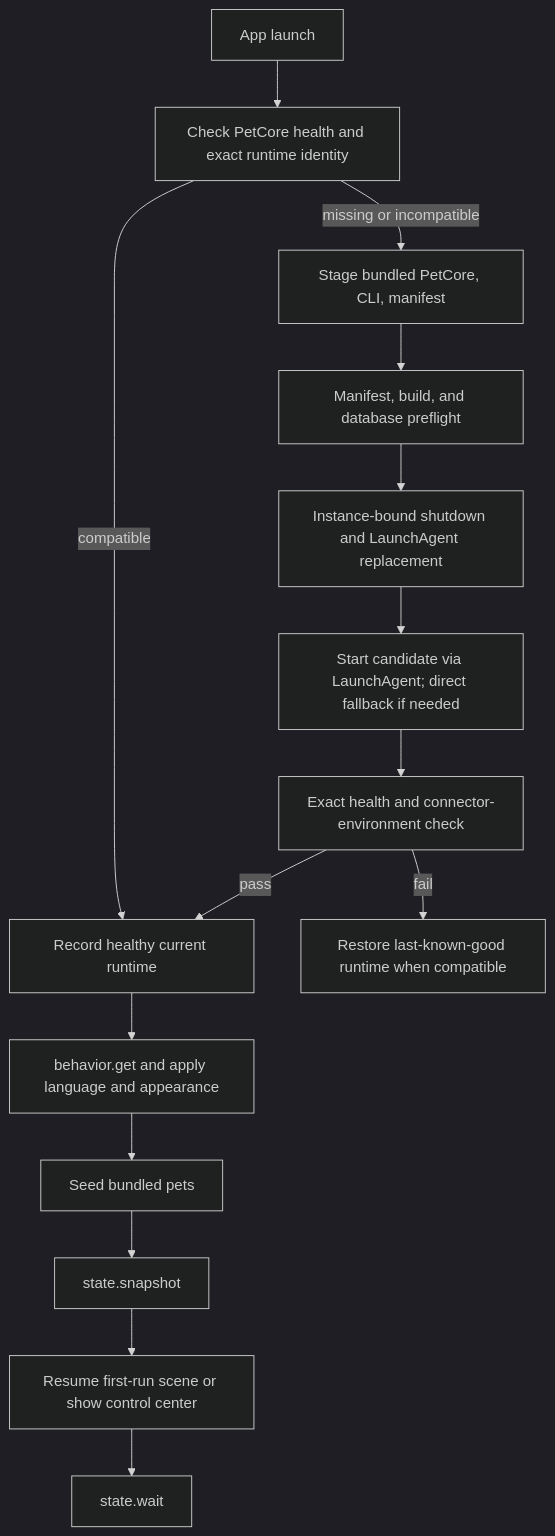
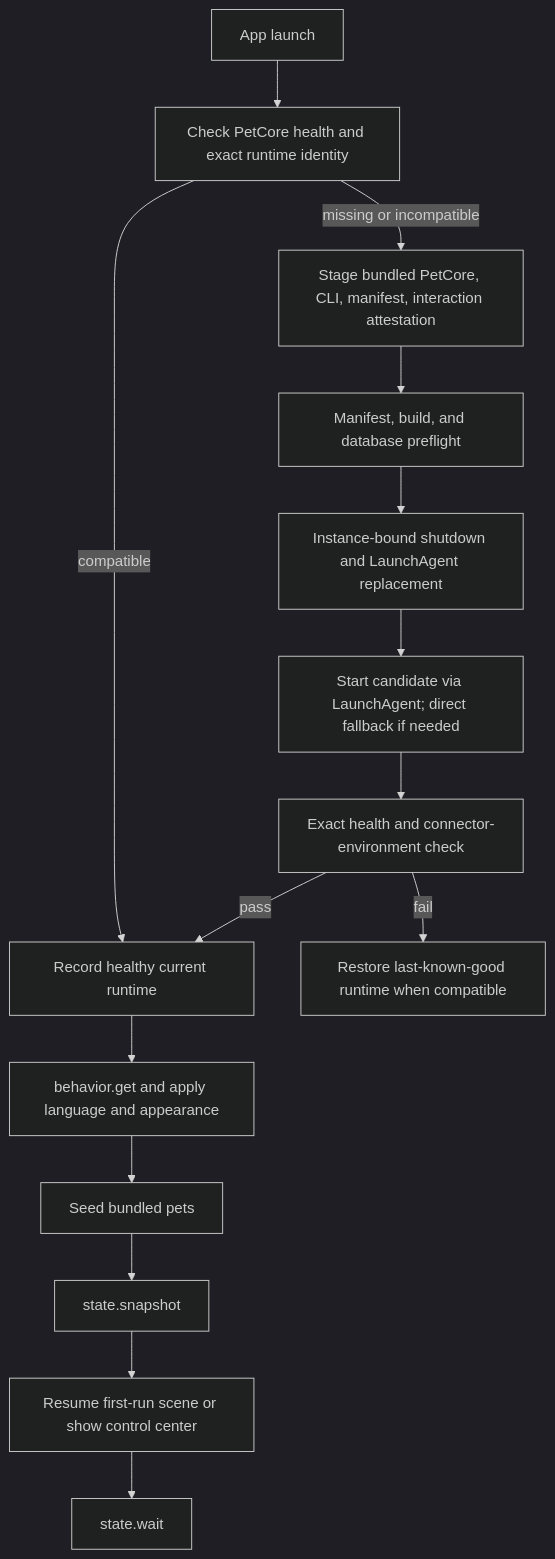
One commit to xjxtree/agent-pet-companion changed the diagram in docs/architecture/runtime-and-ipc.md. Above: the diagram before and after it, drawn with Mermaid (dark theme). The commit also changed other lines of this file and 162 other files, not shown here.

````diff
--- a/docs/architecture/runtime-and-ipc.md
+++ b/docs/architecture/runtime-and-ipc.md
@@ -22,17 +22,17 @@
 ```mermaid
 flowchart TD
     Launch["App launch"] --> Health["Check PetCore health and exact runtime identity"]
     Health -->|"compatible"| Commit["Record healthy current runtime"]
-    Health -->|"missing or incompatible"| Stage["Stage bundled PetCore, CLI, manifest"]
+    Health -->|"missing or incompatible"| Stage["Stage bundled PetCore, CLI, manifest, interaction attestation"]
     Stage --> Preflight["Manifest, build, and database preflight"]
     Preflight --> Stop["Instance-bound shutdown and LaunchAgent replacement"]
     Stop --> Start["Start candidate via LaunchAgent; direct fallback if needed"]
     Start --> Exact["Exact health and connector-environment check"]
     Exact -->|"pass"| Commit
     Exact -->|"fail"| Rollback["Restore last-known-good runtime when compatible"]
     Commit --> Presentation["behavior.get and apply language and appearance"]
     Presentation --> Seed["Seed bundled pets"]
     Seed --> Snapshot["state.snapshot"]
     Snapshot --> FirstRun["Resume first-run scene or show control center"]
     FirstRun --> Wait["state.wait"]
 ```
````
